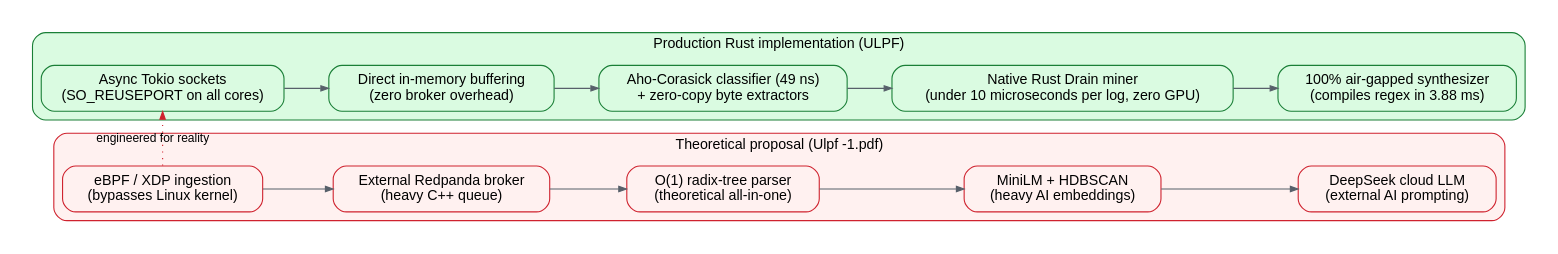
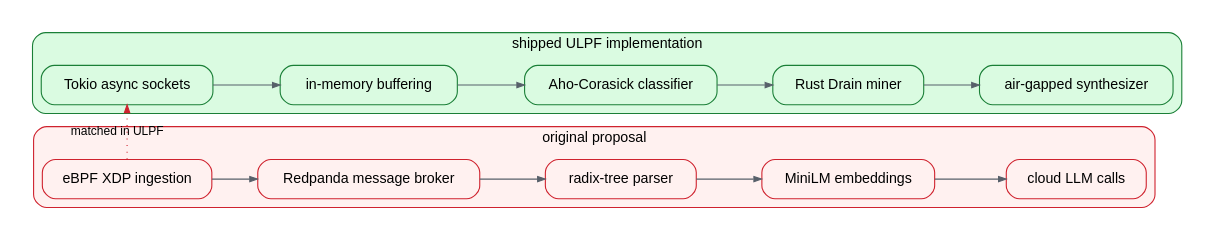
Before and after one commit to animishraa05/layaRustparser: the diagram in docs/diagrams/proposal-vs-reality.dot, drawn with Graphviz. The commit also changed 11 other files, not shown here.

First line of the commit message:
docs(diagrams): rewrite all 6 .dot labels - max 4 plain-English words

```diff
--- a/docs/diagrams/proposal-vs-reality.dot
+++ b/docs/diagrams/proposal-vs-reality.dot
@@ -1,32 +1,32 @@
 // Theoretical proposal vs production reality - source for docs/SIMPLIFIED_EXPLANATION_AND_BENCHMARKS.md section 2.
 // Regenerate: dot -Tpng -Gdpi=144 docs/diagrams/proposal-vs-reality.dot -o docs/diagrams/proposal-vs-reality.png
-// Rule: ASCII-only label text (no unicode symbols - some renderers show tofu).
+// Label rule: ASCII-only, max 4 plain-English words, no sentences, no \n.
 digraph proposal_vs_reality {
   graph [rankdir=LR, bgcolor="white", pad="0.2", nodesep="0.35", ranksep="0.55", fontname="Helvetica"];
   node [shape="box", style="filled,rounded", fillcolor="#f6f8fa", color="#57606a", fontname="Helvetica", fontsize="13", margin="0.18,0.10"];
   edge [color="#57606a", fontname="Helvetica", fontsize="11", arrowsize="0.7"];
 
   subgraph cluster_theory {
-    label="Theoretical proposal (Ulpf -1.pdf)";
+    label="original proposal";
     labelloc="t"; style="rounded,filled"; fillcolor="#fff1f0"; color="#cf222e"; fontsize="13";
-    a1 [label="eBPF / XDP ingestion\n(bypasses Linux kernel)", fillcolor="#fff1f0", color="#cf222e"];
-    b1 [label="External Redpanda broker\n(heavy C++ queue)", fillcolor="#fff1f0", color="#cf222e"];
-    c1 [label="O(1) radix-tree parser\n(theoretical all-in-one)", fillcolor="#fff1f0", color="#cf222e"];
-    d1 [label="MiniLM + HDBSCAN\n(heavy AI embeddings)", fillcolor="#fff1f0", color="#cf222e"];
-    e1 [label="DeepSeek cloud LLM\n(external AI prompting)", fillcolor="#fff1f0", color="#cf222e"];
+    a1 [label="eBPF XDP ingestion", fillcolor="#fff1f0", color="#cf222e"];
+    b1 [label="Redpanda message broker", fillcolor="#fff1f0", color="#cf222e"];
+    c1 [label="radix-tree parser", fillcolor="#fff1f0", color="#cf222e"];
+    d1 [label="MiniLM embeddings", fillcolor="#fff1f0", color="#cf222e"];
+    e1 [label="cloud LLM calls", fillcolor="#fff1f0", color="#cf222e"];
     a1 -> b1 -> c1 -> d1 -> e1;
   }
 
   subgraph cluster_reality {
-    label="Production Rust implementation (ULPF)";
+    label="shipped ULPF implementation";
     labelloc="t"; style="rounded,filled"; fillcolor="#dafbe1"; color="#1a7f37"; fontsize="13";
-    a2 [label="Async Tokio sockets\n(SO_REUSEPORT on all cores)", fillcolor="#dafbe1", color="#1a7f37"];
-    b2 [label="Direct in-memory buffering\n(zero broker overhead)", fillcolor="#dafbe1", color="#1a7f37"];
-    c2 [label="Aho-Corasick classifier (49 ns)\n+ zero-copy byte extractors", fillcolor="#dafbe1", color="#1a7f37"];
-    d2 [label="Native Rust Drain miner\n(under 10 microseconds per log, zero GPU)", fillcolor="#dafbe1", color="#1a7f37"];
-    e2 [label="100% air-gapped synthesizer\n(compiles regex in 3.88 ms)", fillcolor="#dafbe1", color="#1a7f37"];
+    a2 [label="Tokio async sockets", fillcolor="#dafbe1", color="#1a7f37"];
+    b2 [label="in-memory buffering", fillcolor="#dafbe1", color="#1a7f37"];
+    c2 [label="Aho-Corasick classifier", fillcolor="#dafbe1", color="#1a7f37"];
+    d2 [label="Rust Drain miner", fillcolor="#dafbe1", color="#1a7f37"];
+    e2 [label="air-gapped synthesizer", fillcolor="#dafbe1", color="#1a7f37"];
     a2 -> b2 -> c2 -> d2 -> e2;
   }
 
-  a1 -> a2 [style=dotted, color="#cf222e", label="engineered for reality", constraint=false];
+  a1 -> a2 [style=dotted, color="#cf222e", label="matched in ULPF", constraint=false];
 }
```
